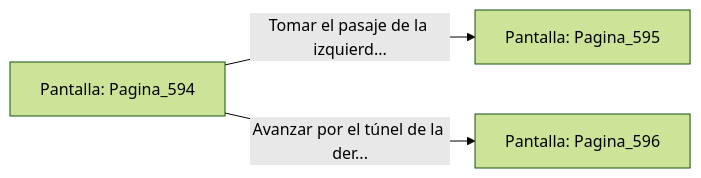
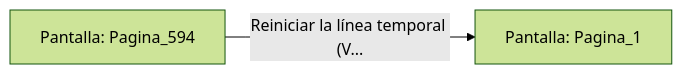
Before and after one commit to metsuke/mpl: the diagram in sample/eligejuego-vault/Pantalla_Pagina_594.md, drawn with Mermaid (forest theme). The commit also changed other lines of this file and 635 other files, not shown here.

First line of the commit message:
fix: añadir Pagina_1 como pantalla inicial en capitulo_01.mpl

````diff
--- a/sample/eligejuego-vault/Pantalla_Pagina_594.md
+++ b/sample/eligejuego-vault/Pantalla_Pagina_594.md
@@ -20,6 +17,5 @@
 ```mermaid
 graph LR
     P_Pagina_594["Pantalla: Pagina_594"]
-    P_Pagina_594 -->|"Tomar el pasaje de la izquierd..."| P_Pagina_595["Pantalla: Pagina_595"]
-    P_Pagina_594 -->|"Avanzar por el túnel de la der..."| P_Pagina_596["Pantalla: Pagina_596"]
+    P_Pagina_594 -->|"Reiniciar la línea temporal (V..."| P_Pagina_1["Pantalla: Pagina_1"]
 ```
````
